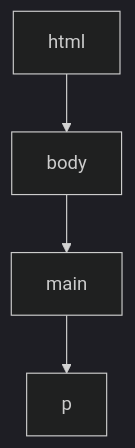
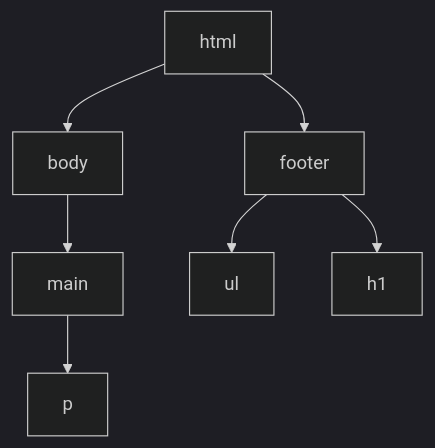
One commit to bbzblit/m293-lernjournal changed the diagram in src/17.06.2022.md. Above: the diagram before and after it, drawn with Mermaid (dark theme). The commit also changed other lines of this file, not shown here.

````diff
--- a/src/17.06.2022.md
+++ b/src/17.06.2022.md
@@ -8,11 +8,16 @@
 ```mermaid
 graph TB
 NodeS1[html]
 NodeS2[body]
 NodeS3[main]
 NodeS4[p]
-
+NodeS5[footer]
+NodeS6[ul]
+NodeS7[h1]
 NodeS1 --> NodeS2
 NodeS2 --> NodeS3
 NodeS3 --> NodeS4
+NodeS1 --> NodeS5
+NodeS5 --> NodeS6
+NodeS5 --> NodeS7
 ```
````
